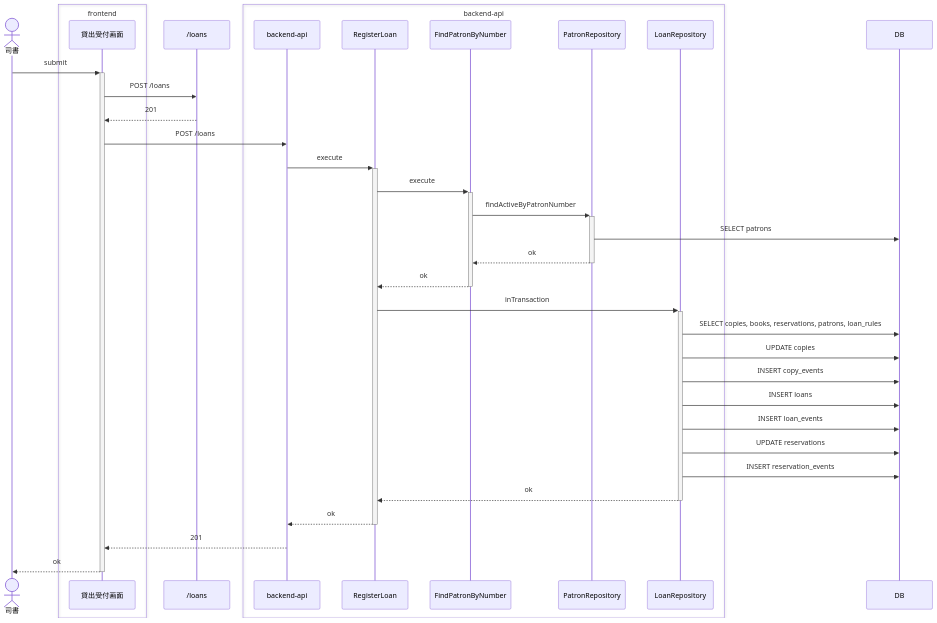
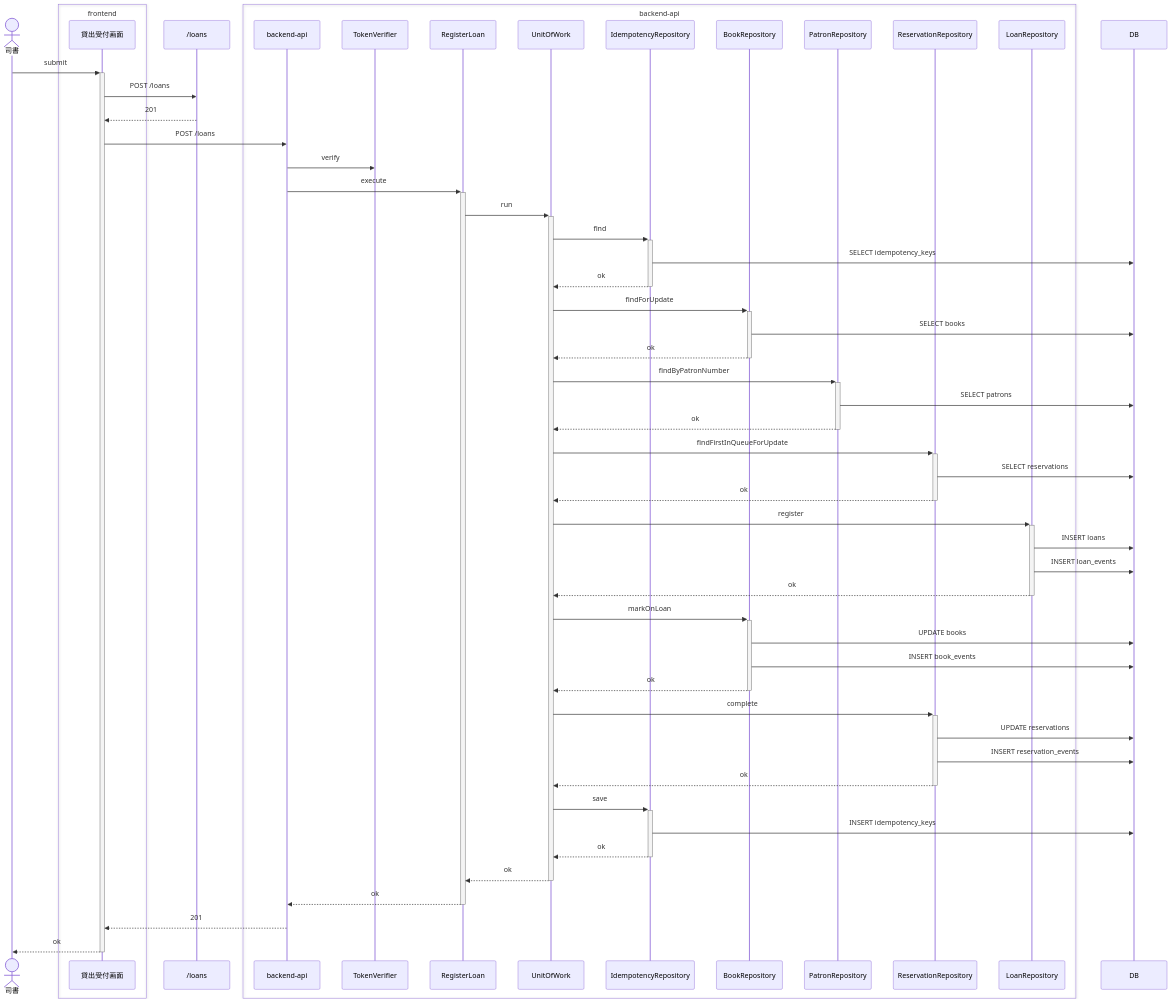
Before and after one commit to suwa-sh/suwa-sh-claude-plugins: the first of 2 diagrams in samples/distillery2/library-loan/docs/as-built/貸出業務/貸出を登録する/index.md, drawn with Mermaid. The commit also changed other lines of this file and 249 other files, not shown here.

````diff
--- a/samples/distillery2/library-loan/docs/as-built/貸出業務/貸出を登録する/index.md
+++ b/samples/distillery2/library-loan/docs/as-built/貸出業務/貸出を登録する/index.md
@@ -54,38 +54,58 @@
 ```mermaid
 sequenceDiagram
     actor p0 as 司書
     box transparent frontend
         participant p1 as 貸出受付画面
     end
     participant p2 as /loans
     box transparent backend-api
         participant p3 as backend-api
-        participant p4 as RegisterLoan
-        participant p5 as FindPatronByNumber
-        participant p6 as PatronRepository
-        participant p8 as LoanRepository
+        participant p4 as TokenVerifier
+        participant p5 as RegisterLoan
+        participant p6 as UnitOfWork
+        participant p7 as IdempotencyRepository
+        participant p9 as BookRepository
+        participant p10 as PatronRepository
+        participant p11 as ReservationRepository
+        participant p12 as LoanRepository
     end
-    participant p7 as DB
+    participant p8 as DB
     p0->>+p1: submit
     p1->>p2: POST /loans
     p2-->>p1: 201
     p1->>p3: POST /loans
-    p3->>+p4: execute
-    p4->>+p5: execute
-    p5->>+p6: findActiveByPatronNumber
-    p6->>p7: SELECT patrons
+    p3->>p4: verify
+    p3->>+p5: execute
+    p5->>+p6: run
+    p6->>+p7: find
+    p7->>p8: SELECT idempotency_keys
+    p7-->>-p6: ok
+    p6->>+p9: findForUpdate
+    p9->>p8: SELECT books
+    p9-->>-p6: ok
+    p6->>+p10: findByPatronNumber
+    p10->>p8: SELECT patrons
+    p10-->>-p6: ok
+    p6->>+p11: findFirstInQueueForUpdate
+    p11->>p8: SELECT reservations
+    p11-->>-p6: ok
+    p6->>+p12: register
+    p12->>p8: INSERT loans
+    p12->>p8: INSERT loan_events
+    p12-->>-p6: ok
+    p6->>+p9: markOnLoan
+    p9->>p8: UPDATE books
+    p9->>p8: INSERT book_events
+    p9-->>-p6: ok
+    p6->>+p11: complete
+    p11->>p8: UPDATE reservations
+    p11->>p8: INSERT reservation_events
+    p11-->>-p6: ok
+    p6->>+p7: save
+    p7->>p8: INSERT idempotency_keys
+    p7-->>-p6: ok
     p6-->>-p5: ok
-    p5-->>-p4: ok
-    p4->>+p8: inTransaction
-    p8->>p7: SELECT copies, books, reservations, patrons, loan_rules
-    p8->>p7: UPDATE copies
-    p8->>p7: INSERT copy_events
-    p8->>p7: INSERT loans
-    p8->>p7: INSERT loan_events
-    p8->>p7: UPDATE reservations
-    p8->>p7: INSERT reservation_events
-    p8-->>-p4: ok
-    p4-->>-p3: ok
+    p5-->>-p3: ok
     p3-->>p1: 201
     p1-->>-p0: ok
 ```
````
